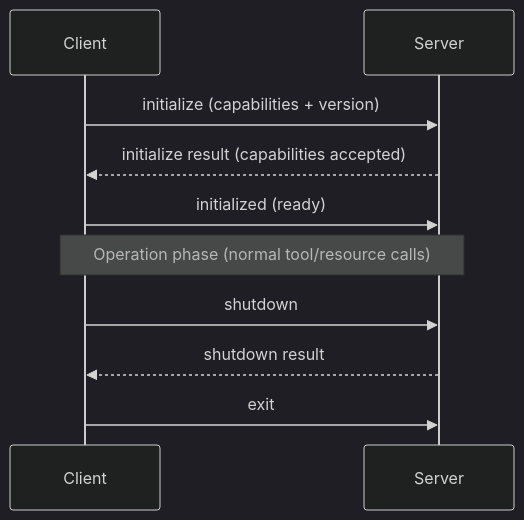
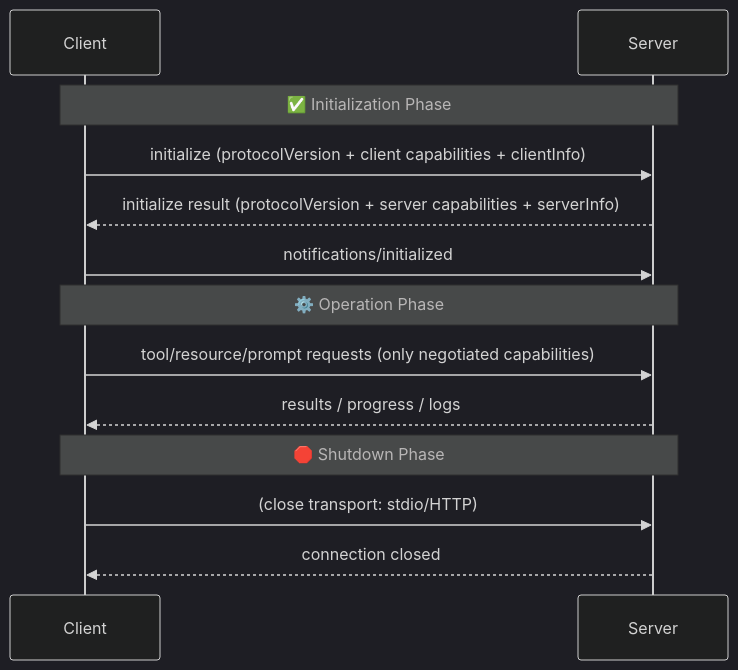
Before and after one commit to 05satyam/AI-ML: the third of 6 diagrams in demo_applications/mcp_handson/policy_gated_mcp_agent/README.md, drawn with Mermaid (dark theme). The commit also changed other lines of this file, not shown here.

````diff
--- a/demo_applications/mcp_handson/policy_gated_mcp_agent/README.md
+++ b/demo_applications/mcp_handson/policy_gated_mcp_agent/README.md
@@ -125,13 +84,18 @@
 ```mermaid
 sequenceDiagram
   participant Client
   participant Server
 
-  Client->>Server: initialize (capabilities + version)
-  Server-->>Client: initialize result (capabilities accepted)
-  Client->>Server: initialized (ready)
-  note over Client,Server: Operation phase (normal tool/resource calls)
-  Client->>Server: shutdown
-  Server-->>Client: shutdown result
-  Client->>Server: exit
+  Note over Client,Server: ✅ Initialization Phase
+  Client->>Server: initialize (protocolVersion + client capabilities + clientInfo)
+  Server-->>Client: initialize result (protocolVersion + server capabilities + serverInfo)
+  Client->>Server: notifications/initialized
+
+  Note over Client,Server: ⚙️ Operation Phase
+  Client->>Server: tool/resource/prompt requests (only negotiated capabilities)
+  Server-->>Client: results / progress / logs
+
+  Note over Client,Server: 🛑 Shutdown Phase
+  Client->>Server: (close transport: stdio/HTTP)
+  Server-->>Client: connection closed
 ```
````
